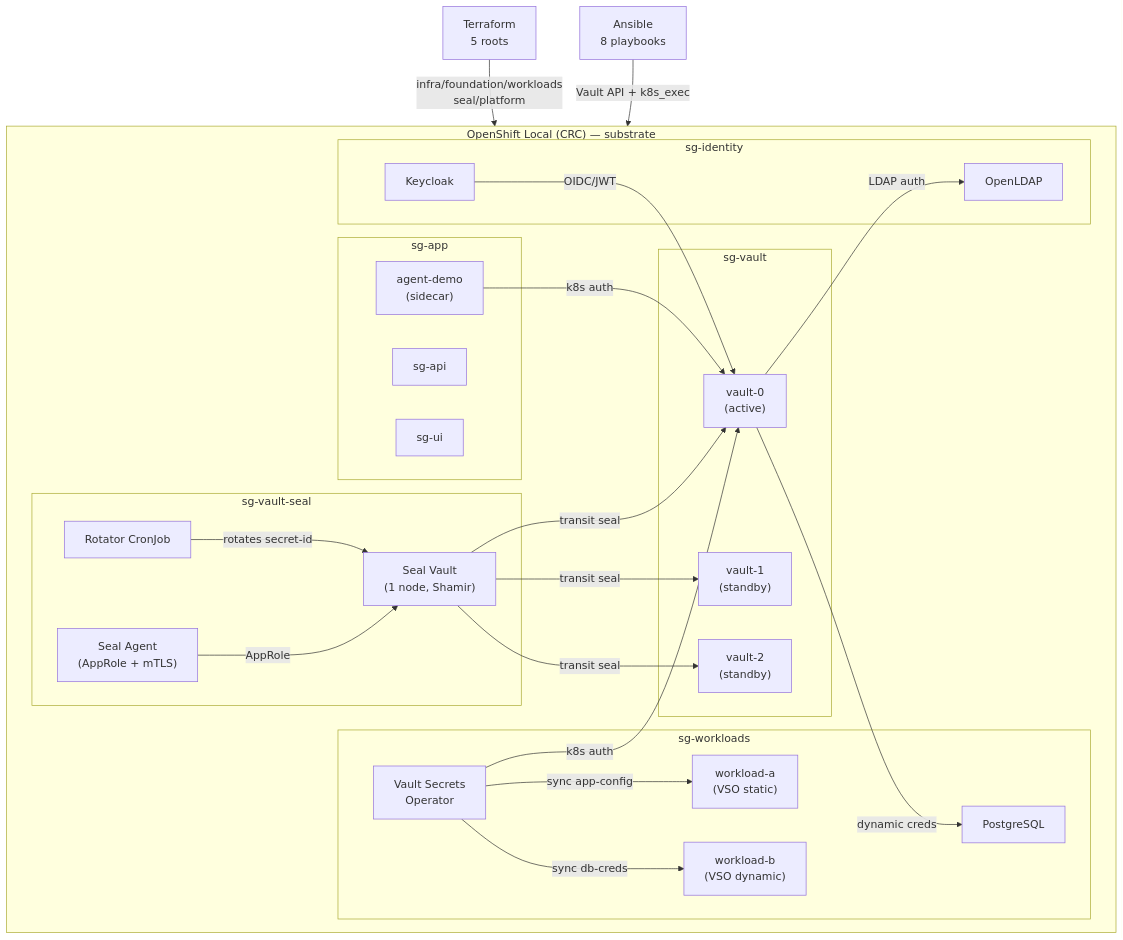
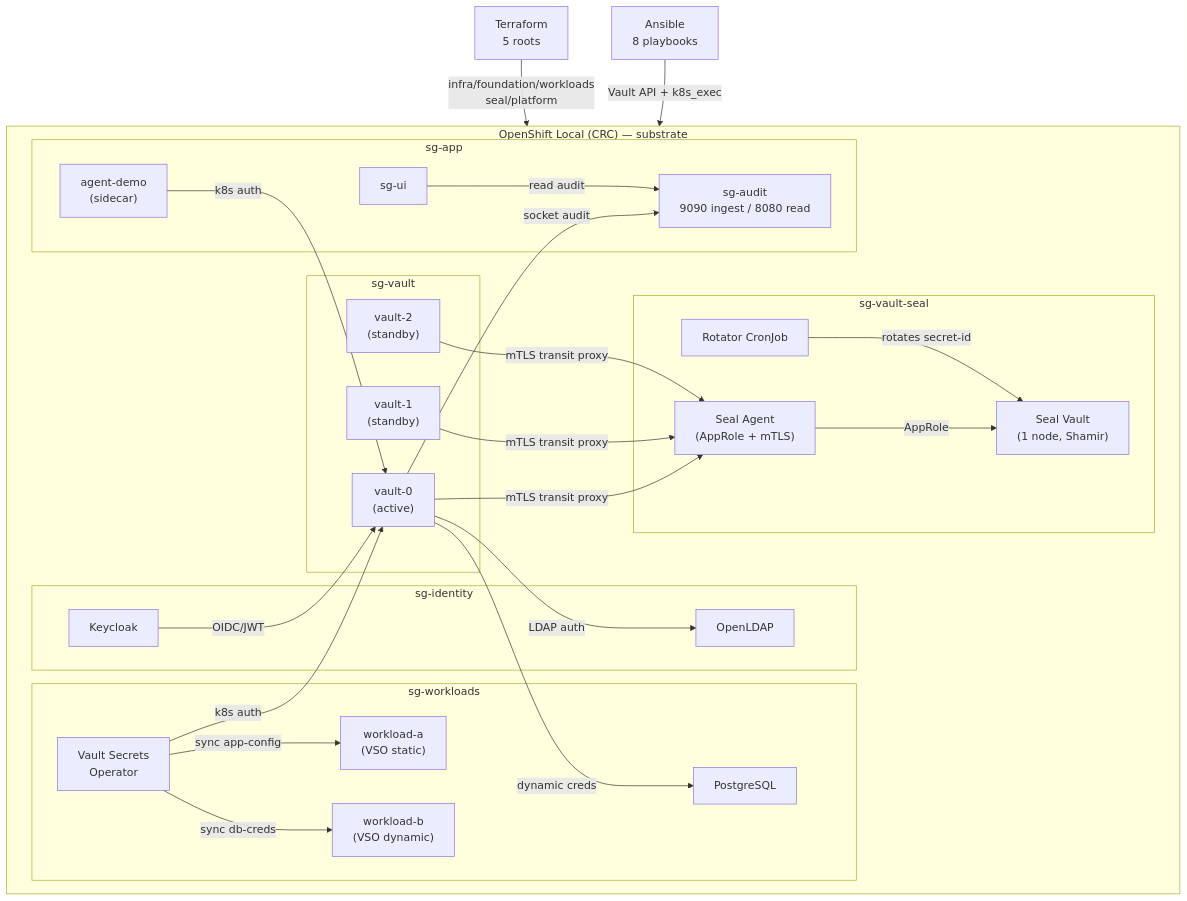
The diagram in docs/architecture.md (raymonepping/shift_gear), drawn with Mermaid before and after one commit. The commit also changed other lines of this file and 307 other files, not shown here.

````diff
--- a/docs/architecture.md
+++ b/docs/architecture.md
@@ -193,49 +200,51 @@
 ```mermaid
 graph TD
     subgraph CRC["OpenShift Local (CRC) — substrate"]
         subgraph sg-vault-seal
             SV["Seal Vault\n(1 node, Shamir)"]
             SA["Seal Agent\n(AppRole + mTLS)"]
             ROT["Rotator CronJob"]
         end
         subgraph sg-vault
             V0["vault-0\n(active)"]
             V1["vault-1\n(standby)"]
             V2["vault-2\n(standby)"]
         end
         subgraph sg-identity
             LDAP["OpenLDAP"]
             KC["Keycloak"]
         end
         subgraph sg-workloads
             WLA["workload-a\n(VSO static)"]
             WLB["workload-b\n(VSO dynamic)"]
             PG["PostgreSQL"]
             VSO["Vault Secrets\nOperator"]
         end
         subgraph sg-app
             DEMO["agent-demo\n(sidecar)"]
-            API["sg-api"]
+            AUD["sg-audit\n9090 ingest / 8080 read"]
             UI["sg-ui"]
         end
     end
 
-    SV -->|"transit seal"| V0
-    SV -->|"transit seal"| V1
-    SV -->|"transit seal"| V2
     SA -->|"AppRole"| SV
     ROT -->|"rotates secret-id"| SV
 
     V0 -->|"LDAP auth"| LDAP
     KC -->|"OIDC/JWT"| V0
 
     VSO -->|"k8s auth"| V0
     VSO -->|"sync app-config"| WLA
     VSO -->|"sync db-creds"| WLB
     V0 -->|"dynamic creds"| PG
 
     DEMO -->|"k8s auth"| V0
+    V0 -->|"socket audit"| AUD
+    UI -->|"read audit"| AUD
+    V0 -->|"mTLS transit proxy"| SA
+    V1 -->|"mTLS transit proxy"| SA
+    V2 -->|"mTLS transit proxy"| SA
 
     TF["Terraform\n5 roots"] -->|"infra/foundation/workloads\nseal/platform"| CRC
     ANS["Ansible\n8 playbooks"] -->|"Vault API + k8s_exec"| CRC
 ```
````
